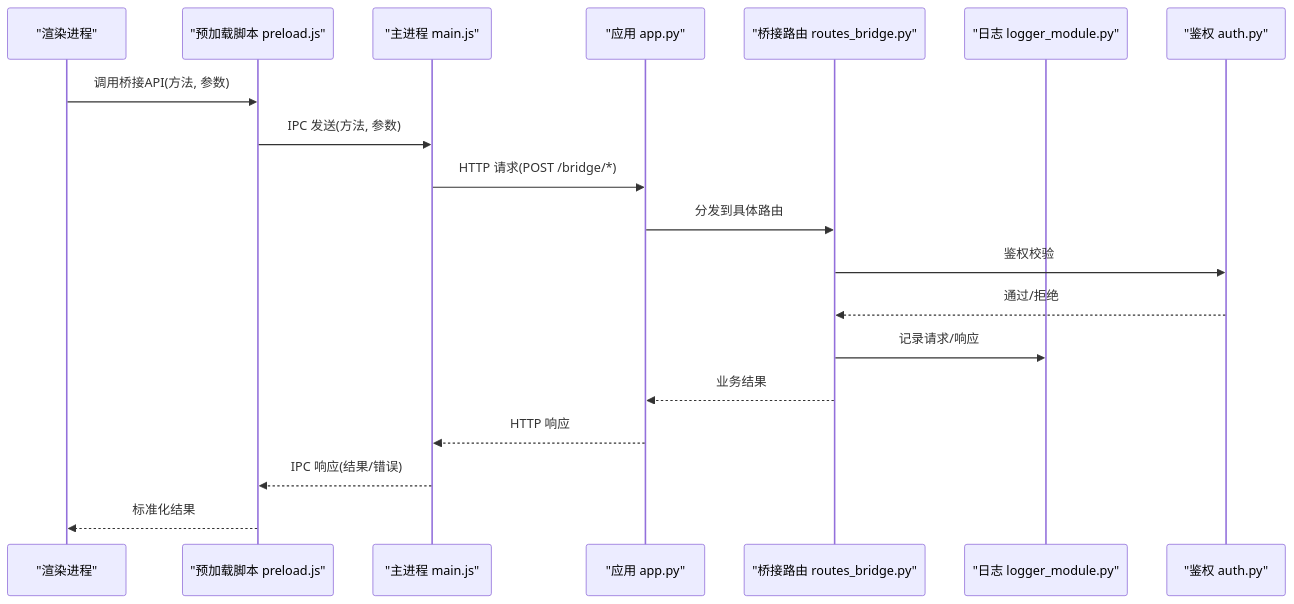
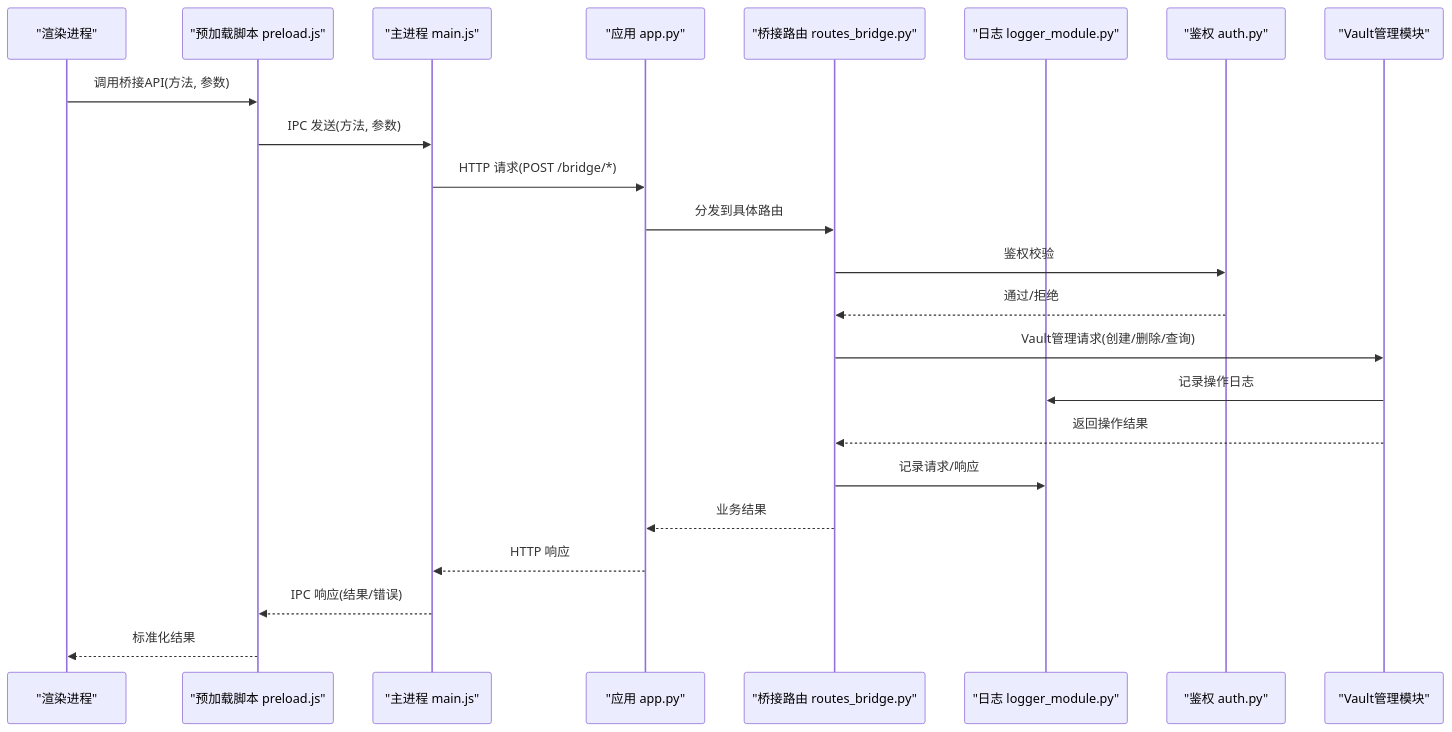
The second of 7 diagrams in .qoder/repowiki/zh/content/后端架构/路由设计/桥接路由.md (abokyoy/LectureLearnLoop), drawn with Mermaid before and after one commit. The commit also changed other lines of this file and 91 other files, not shown here.

````diff
--- a/.qoder/repowiki/zh/content/后端架构/路由设计/桥接路由.md
+++ b/.qoder/repowiki/zh/content/后端架构/路由设计/桥接路由.md
@@ -116,21 +127,25 @@
 ```mermaid
 sequenceDiagram
 participant R as "渲染进程"
 participant P as "预加载脚本 preload.js"
 participant M as "主进程 main.js"
 participant A as "应用 app.py"
 participant B as "桥接路由 routes_bridge.py"
 participant L as "日志 logger_module.py"
 participant U as "鉴权 auth.py"
+participant V as "Vault管理模块"
 R->>P : 调用桥接API(方法, 参数)
 P->>M : IPC 发送(方法, 参数)
 M->>A : HTTP 请求(POST /bridge/*)
 A->>B : 分发到具体路由
 B->>U : 鉴权校验
 U-->>B : 通过/拒绝
+B->>V : Vault管理请求(创建/删除/查询)
+V->>L : 记录操作日志
+V-->>B : 返回操作结果
 B->>L : 记录请求/响应
 B-->>A : 业务结果
 A-->>M : HTTP 响应
 M-->>P : IPC 响应(结果/错误)
 P-->>R : 标准化结果
 ```
````
